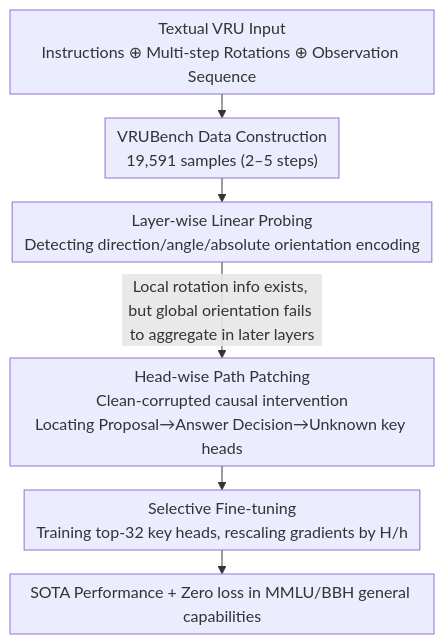
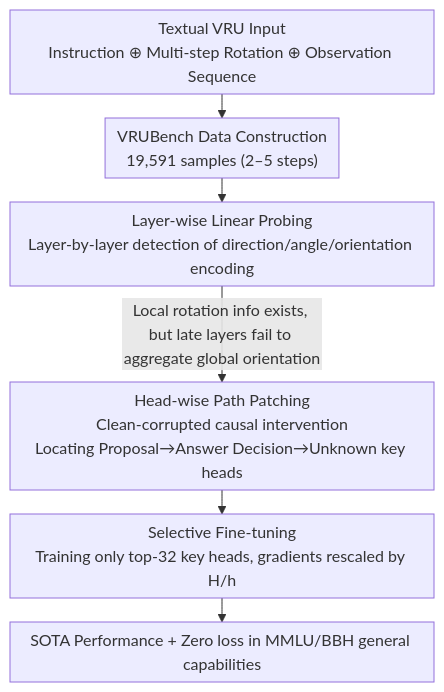
One commit to zhaoyang97/Paper-Notes-en changed the diagram in docs/ACL2026/multimodal_vlm/how_do_llms_and_vlms_understand_viewpoint_rotation_without_vision_an_interpretab.md. Above: the diagram before and after it, drawn with Mermaid. The commit also changed other lines of this file and 5084 other files, not shown here.

````diff
--- a/docs/ACL2026/multimodal_vlm/how_do_llms_and_vlms_understand_viewpoint_rotation_without_vision_an_interpretab.md
+++ b/docs/ACL2026/multimodal_vlm/how_do_llms_and_vlms_understand_viewpoint_rotation_without_vision_an_interpretab.md
@@ -43,9 +43,9 @@
 ```mermaid
 %%{init: {'flowchart': {'rankSpacing': 24, 'nodeSpacing': 28, 'padding': 6, 'wrappingWidth': 400}}}%%
 flowchart TD
-    A["Textual VRU Input<br/>Instructions ⊕ Multi-step Rotations ⊕ Observation Sequence"] --> B["VRUBench Data Construction<br/>19,591 samples (2–5 steps)"]
-    B --> C["Layer-wise Linear Probing<br/>Detecting direction/angle/absolute orientation encoding"]
-    C -->|"Local rotation info exists, but global orientation fails to aggregate in later layers"| D["Head-wise Path Patching<br/>Clean-corrupted causal intervention<br/>Locating Proposal→Answer Decision→Unknown key heads"]
-    D --> E["Selective Fine-tuning<br/>Training top-32 key heads, rescaling gradients by H/h"]
+    A["Textual VRU Input<br/>Instruction ⊕ Multi-step Rotation ⊕ Observation Sequence"] --> B["VRUBench Data Construction<br/>19,591 samples (2–5 steps)"]
+    B --> C["Layer-wise Linear Probing<br/>Layer-by-layer detection of direction/angle/orientation encoding"]
+    C -->|"Local rotation info exists, but late layers fail to aggregate global orientation"| D["Head-wise Path Patching<br/>Clean-corrupted causal intervention<br/>Locating Proposal→Answer Decision→Unknown key heads"]
+    D --> E["Selective Fine-tuning<br/>Training only top-32 key heads, gradients rescaled by H/h"]
     E --> F["SOTA Performance + Zero loss in MMLU/BBH general capabilities"]
 ```
````
